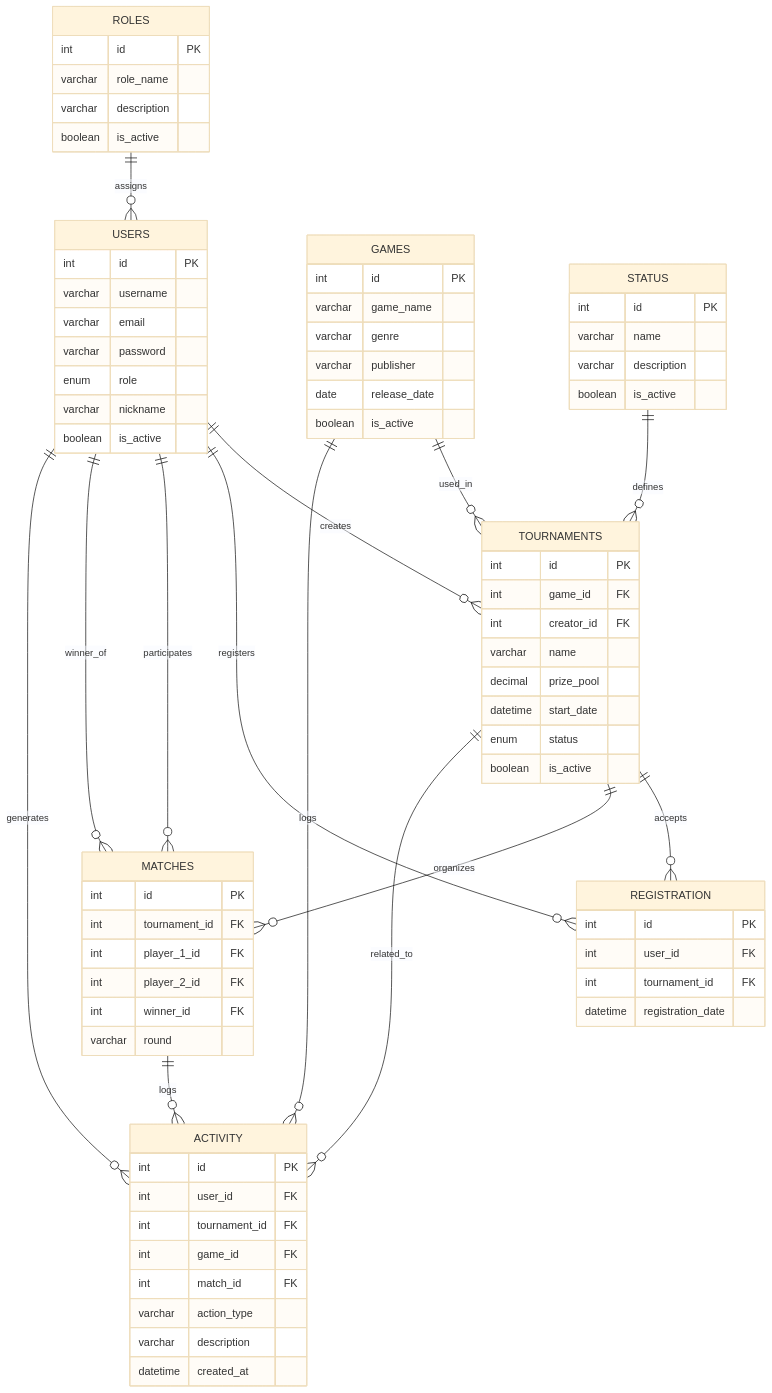
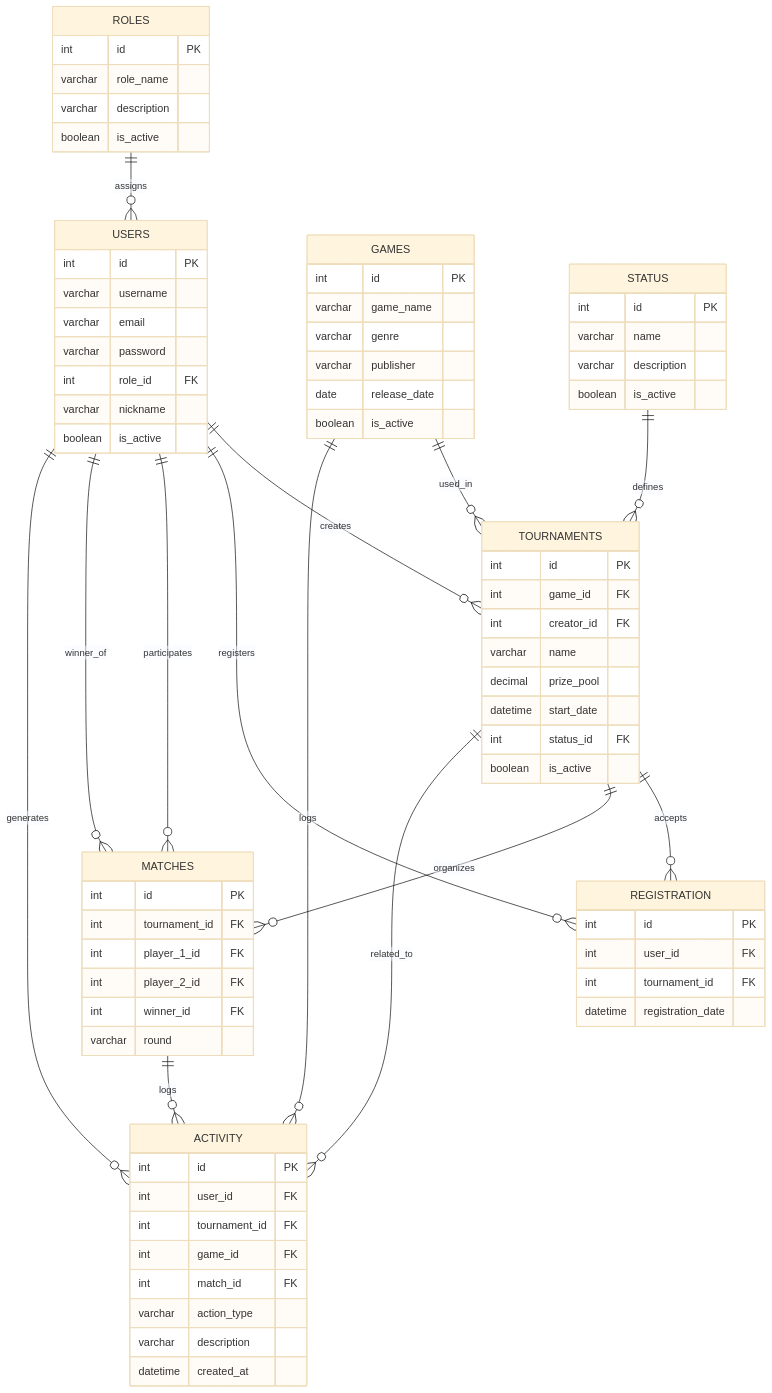
One commit to olazocaamano/VideoGames-Tournament changed the diagram in docs/erd_diagram.md. Above: the diagram before and after it, drawn with Mermaid (base theme). The commit also changed 1 other file, not shown here.

Commit message:
[DOC]-v0.7.4 - Data Dictionary Relationship Summary Added

```diff
--- a/docs/erd_diagram.md
+++ b/docs/erd_diagram.md
@@ -24,7 +24,7 @@
         varchar username
         varchar email
         varchar password
-        enum role
+        int role_id FK
         varchar nickname
         boolean is_active
     }
@@ -45,7 +45,7 @@
         varchar name
         decimal prize_pool
         datetime start_date
-        enum status
+        int status_id FK
         boolean is_active
     }
 
```
